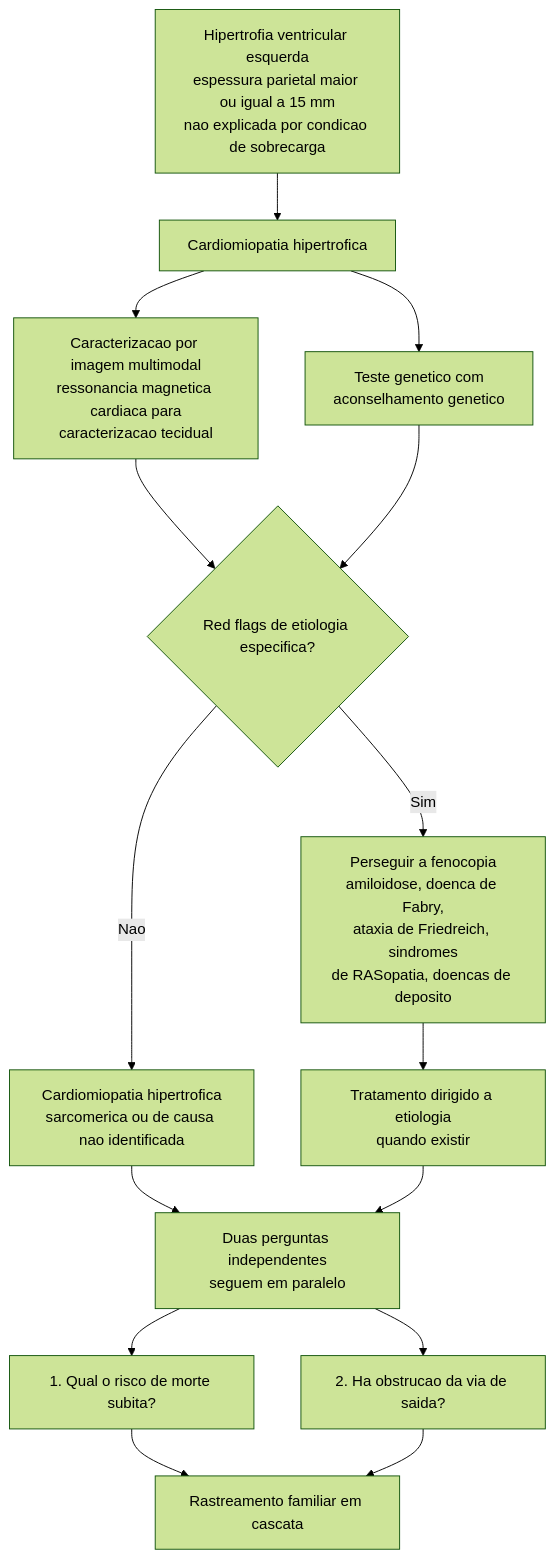
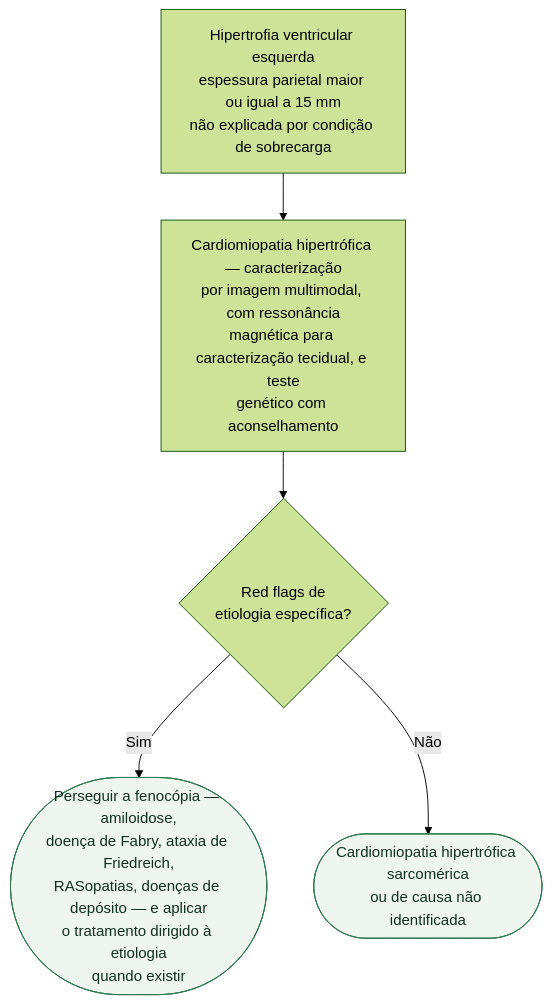
One commit to rafaelpaesmeirelles/MeuCardio changed the first of 3 diagrams in content/Cardiomiopatias/fluxograma-cardiomiopatia-hipertrofica-esc-2023.md. Above: the diagram before and after it, drawn with Mermaid (forest theme). The commit also changed other lines of this file and 18 other files, not shown here.

````diff
--- a/content/Cardiomiopatias/fluxograma-cardiomiopatia-hipertrofica-esc-2023.md
+++ b/content/Cardiomiopatias/fluxograma-cardiomiopatia-hipertrofica-esc-2023.md
@@ -22,25 +22,13 @@
 ```mermaid
 flowchart TD
-  A["Hipertrofia ventricular esquerda<br/>espessura parietal maior ou igual a 15 mm<br/>nao explicada por condicao de sobrecarga"] --> B["Cardiomiopatia hipertrofica"]
+  R0["Hipertrofia ventricular esquerda<br/>espessura parietal maior ou igual a 15 mm<br/>não explicada por condição de sobrecarga"] --> P1["Cardiomiopatia hipertrófica — caracterização<br/>por imagem multimodal, com ressonância<br/>magnética para caracterização tecidual, e teste<br/>genético com aconselhamento"]
 
-  B --> C["Caracterizacao por imagem multimodal<br/>ressonancia magnetica cardiaca para<br/>caracterizacao tecidual"]
+  P1 --> D1{"Red flags de<br/>etiologia específica?"}
 
-  B --> D["Teste genetico com<br/>aconselhamento genetico"]
+  D1 -->|Sim| C1(["Perseguir a fenocópia — amiloidose,<br/>doença de Fabry, ataxia de Friedreich,<br/>RASopatias, doenças de depósito — e aplicar<br/>o tratamento dirigido à etiologia<br/>quando existir"])
 
-  C --> E{"Red flags de etiologia especifica?"}
-  D --> E
+  D1 -->|Não| C2(["Cardiomiopatia hipertrófica sarcomérica<br/>ou de causa não identificada"])
 
-  E -->|Sim| F["Perseguir a fenocopia<br/>amiloidose, doenca de Fabry,<br/>ataxia de Friedreich, sindromes<br/>de RASopatia, doencas de deposito"]
-  E -->|Nao| G["Cardiomiopatia hipertrofica<br/>sarcomerica ou de causa nao identificada"]
-
-  F --> H["Tratamento dirigido a etiologia<br/>quando existir"]
-
-  G --> I["Duas perguntas independentes<br/>seguem em paralelo"]
-  H --> I
-
-  I --> J["1. Qual o risco de morte subita?"]
-  I --> K["2. Ha obstrucao da via de saida?"]
-
-  J --> L["Rastreamento familiar em cascata"]
-  K --> L
+  classDef conduta fill:#eef6ef,stroke:#2f7a4f,color:#12301f;
+  class C1,C2 conduta;
 ```
````
